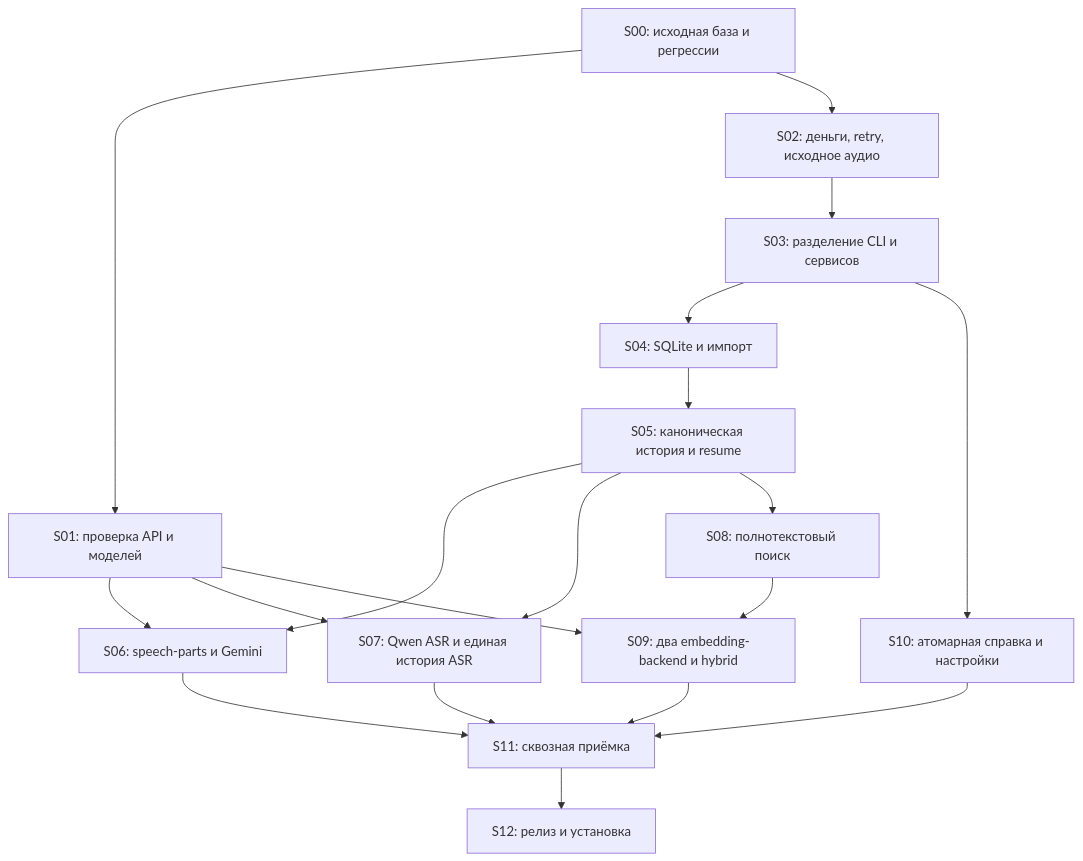
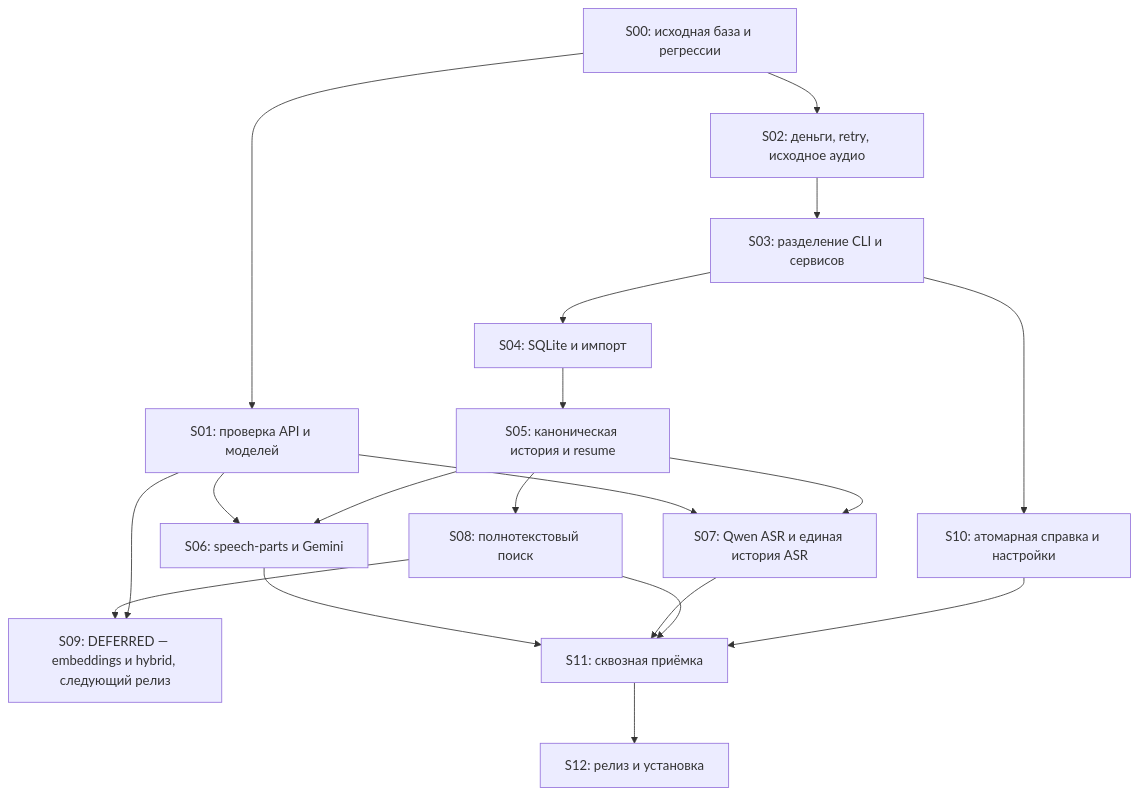
Before and after one commit to VladimirMonin/voiceover-pipeline: the fifth of 5 diagrams in docs/plans/2026-09-29-voiceover-pipeline-development-plan.md, drawn with Mermaid. The commit also changed other lines of this file and 4 other files, not shown here.

````diff
--- a/docs/plans/2026-09-29-voiceover-pipeline-development-plan.md
+++ b/docs/plans/2026-09-29-voiceover-pipeline-development-plan.md
@@ -832,34 +830,34 @@
 ```mermaid
 flowchart TB
     S00[S00: исходная база и регрессии]
     S01[S01: проверка API и моделей]
     S02[S02: деньги, retry, исходное аудио]
     S03[S03: разделение CLI и сервисов]
     S04[S04: SQLite и импорт]
     S05[S05: каноническая история и resume]
     S06[S06: speech-parts и Gemini]
     S07[S07: Qwen ASR и единая история ASR]
     S08[S08: полнотекстовый поиск]
-    S09[S09: два embedding-backend и hybrid]
+    S09[S09: DEFERRED — embeddings и hybrid, следующий релиз]
     S10[S10: атомарная справка и настройки]
     S11[S11: сквозная приёмка]
     S12[S12: релиз и установка]
     S00 --> S01
     S00 --> S02
     S02 --> S03
     S03 --> S04
     S04 --> S05
     S01 --> S06
     S05 --> S06
     S01 --> S07
     S05 --> S07
     S05 --> S08
     S08 --> S09
     S01 --> S09
     S03 --> S10
     S06 --> S11
     S07 --> S11
-    S09 --> S11
+    S08 --> S11
     S10 --> S11
     S11 --> S12
 ```
````
